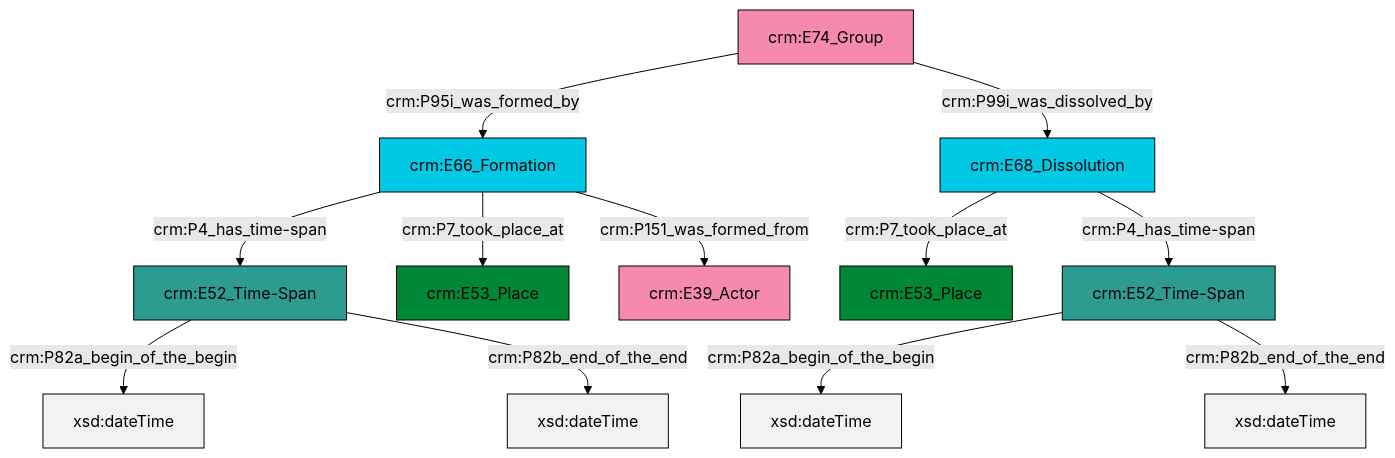
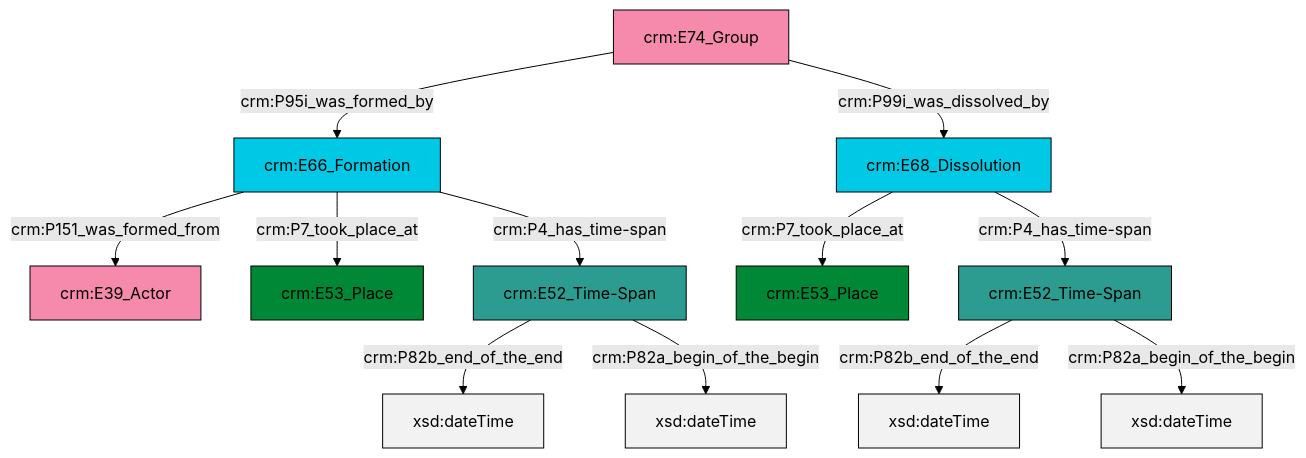
The diagram in et/groupCSV/ttl/mmd/group_existence.ttl.mmd (swiss-art-research-net/reference-data-models), drawn with Mermaid (forest theme) before and after one commit. The commit also changed 125 other files, not shown here.

```diff
--- a/et/groupCSV/ttl/mmd/group_existence.ttl.mmd
+++ b/et/groupCSV/ttl/mmd/group_existence.ttl.mmd
@@ -1,26 +1,26 @@
 graph TD
 classDef Literal fill:#f2f2f2,stroke:#000000;
 classDef CRM_Entity fill:#FFFFFF,stroke:#000000;
 classDef Temporal_Entity fill:#00C9E6, stroke:#000000;
 classDef Type fill:#E18312, stroke:#000000;
 classDef Time-Span fill:#2C9C91, stroke:#000000;
 classDef Appellation fill:#FFEB7F, stroke:#000000;
 classDef Place fill:#008836, stroke:#000000;
 classDef Persistent_Item fill:#B266B2, stroke:#000000;
 classDef Conceptual_Object fill:#FFD700, stroke:#000000;
 classDef Physical_Thing fill:#D2B48C, stroke:#000000;
 classDef Actor fill:#f58aad, stroke:#000000;
 classDef PC_Classes fill:#4ce600, stroke:#000000;
 classDef Multi fill:#cccccc,stroke:#000000;
 
-0["crm:E66_Formation"]:::Temporal_Entity -->|crm:P4_has_time-span| 1["crm:E52_Time-Span"]:::Time-Span
-4["crm:E52_Time-Span"]:::Time-Span -->|crm:P82a_begin_of_the_begin| 5[xsd:dateTime]:::Literal
-6["crm:E74_Group"]:::Actor -->|crm:P95i_was_formed_by| 0["crm:E66_Formation"]:::Temporal_Entity
-6["crm:E74_Group"]:::Actor -->|crm:P99i_was_dissolved_by| 9["crm:E68_Dissolution"]:::Temporal_Entity
-0["crm:E66_Formation"]:::Temporal_Entity -->|crm:P7_took_place_at| 10["crm:E53_Place"]:::Place
-9["crm:E68_Dissolution"]:::Temporal_Entity -->|crm:P7_took_place_at| 7["crm:E53_Place"]:::Place
-9["crm:E68_Dissolution"]:::Temporal_Entity -->|crm:P4_has_time-span| 4["crm:E52_Time-Span"]:::Time-Span
-1["crm:E52_Time-Span"]:::Time-Span -->|crm:P82a_begin_of_the_begin| 12[xsd:dateTime]:::Literal
-4["crm:E52_Time-Span"]:::Time-Span -->|crm:P82b_end_of_the_end| 13[xsd:dateTime]:::Literal
-0["crm:E66_Formation"]:::Temporal_Entity -->|crm:P151_was_formed_from| 2["crm:E39_Actor"]:::Actor
-1["crm:E52_Time-Span"]:::Time-Span -->|crm:P82b_end_of_the_end| 19[xsd:dateTime]:::Literal
+0["crm:E52_Time-Span"]:::Time-Span -->|crm:P82b_end_of_the_end| 1[xsd:dateTime]:::Literal
+4["crm:E74_Group"]:::Actor -->|crm:P95i_was_formed_by| 5["crm:E66_Formation"]:::Temporal_Entity
+8["crm:E52_Time-Span"]:::Time-Span -->|crm:P82b_end_of_the_end| 9[xsd:dateTime]:::Literal
+8["crm:E52_Time-Span"]:::Time-Span -->|crm:P82a_begin_of_the_begin| 10[xsd:dateTime]:::Literal
+2["crm:E68_Dissolution"]:::Temporal_Entity -->|crm:P7_took_place_at| 13["crm:E53_Place"]:::Place
+5["crm:E66_Formation"]:::Temporal_Entity -->|crm:P151_was_formed_from| 11["crm:E39_Actor"]:::Actor
+5["crm:E66_Formation"]:::Temporal_Entity -->|crm:P7_took_place_at| 6["crm:E53_Place"]:::Place
+5["crm:E66_Formation"]:::Temporal_Entity -->|crm:P4_has_time-span| 8["crm:E52_Time-Span"]:::Time-Span
+2["crm:E68_Dissolution"]:::Temporal_Entity -->|crm:P4_has_time-span| 0["crm:E52_Time-Span"]:::Time-Span
+0["crm:E52_Time-Span"]:::Time-Span -->|crm:P82a_begin_of_the_begin| 17[xsd:dateTime]:::Literal
+4["crm:E74_Group"]:::Actor -->|crm:P99i_was_dissolved_by| 2["crm:E68_Dissolution"]:::Temporal_Entity
```
